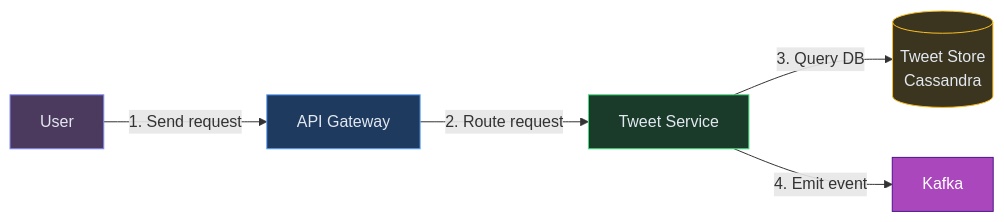
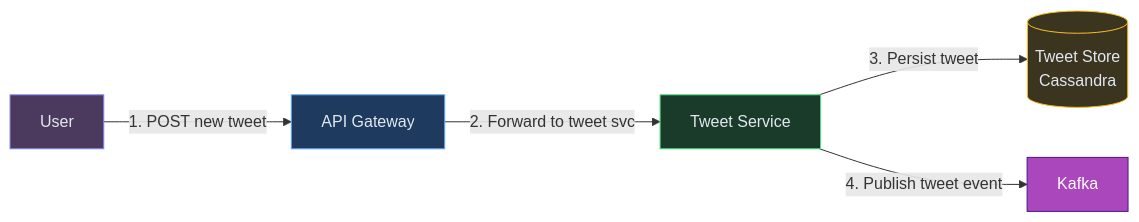
One commit to iluzn/HLD-Designs changed the sixth of 12 diagrams in content/hld/TwitterFeed.md. Above: the diagram before and after it, drawn with Mermaid. The commit also changed other lines of this file and 27 other files, not shown here.

````diff
--- a/content/hld/TwitterFeed.md
+++ b/content/hld/TwitterFeed.md
@@ -216,19 +216,19 @@
 ```mermaid
 flowchart LR
     POSTER["User"]:::client
     GW["API Gateway"]:::edge
     TS["Tweet Service"]:::service
     TDB[("Tweet Store<br/>Cassandra")]:::data
     K["Kafka"]:::async
 
-    POSTER -->|"1. Send request"| GW
-    GW -->|"2. Route request"| TS
-    TS -->|"3. Query DB"| TDB
-    TS -->|"4. Emit event"| K
+    POSTER -->|"1. POST new tweet"| GW
+    GW -->|"2. Forward to tweet svc"| TS
+    TS -->|"3. Persist tweet"| TDB
+    TS -->|"4. Publish tweet event"| K
 
     classDef client fill:#4c3a5e,stroke:#818cf8,color:#e2e8f0
     classDef edge fill:#1e3a5f,stroke:#60a5fa,color:#e2e8f0
     classDef service fill:#1a3a2a,stroke:#4ade80,color:#e2e8f0
     classDef data fill:#3b3520,stroke:#fbbf24,color:#e2e8f0
     classDef async fill:#AB47BC,stroke:#4A148C,color:#fff
 ```
````
